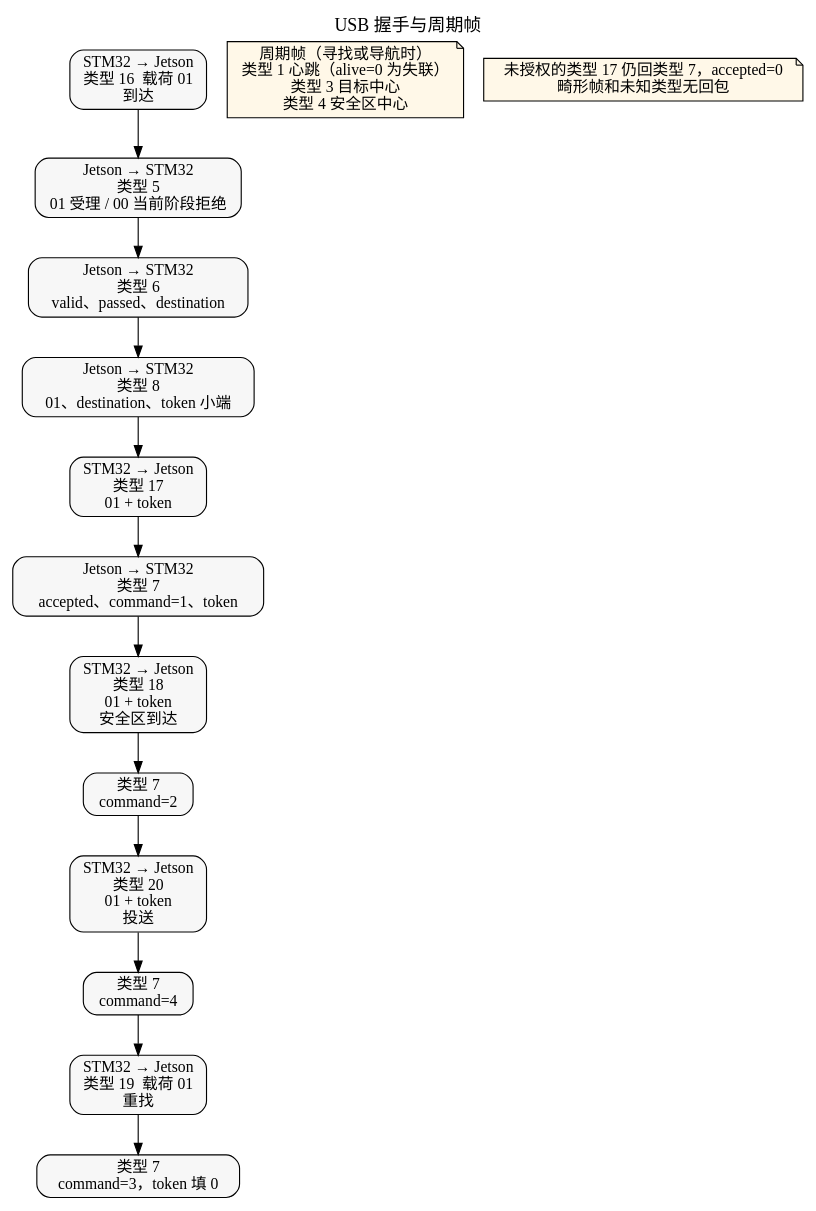
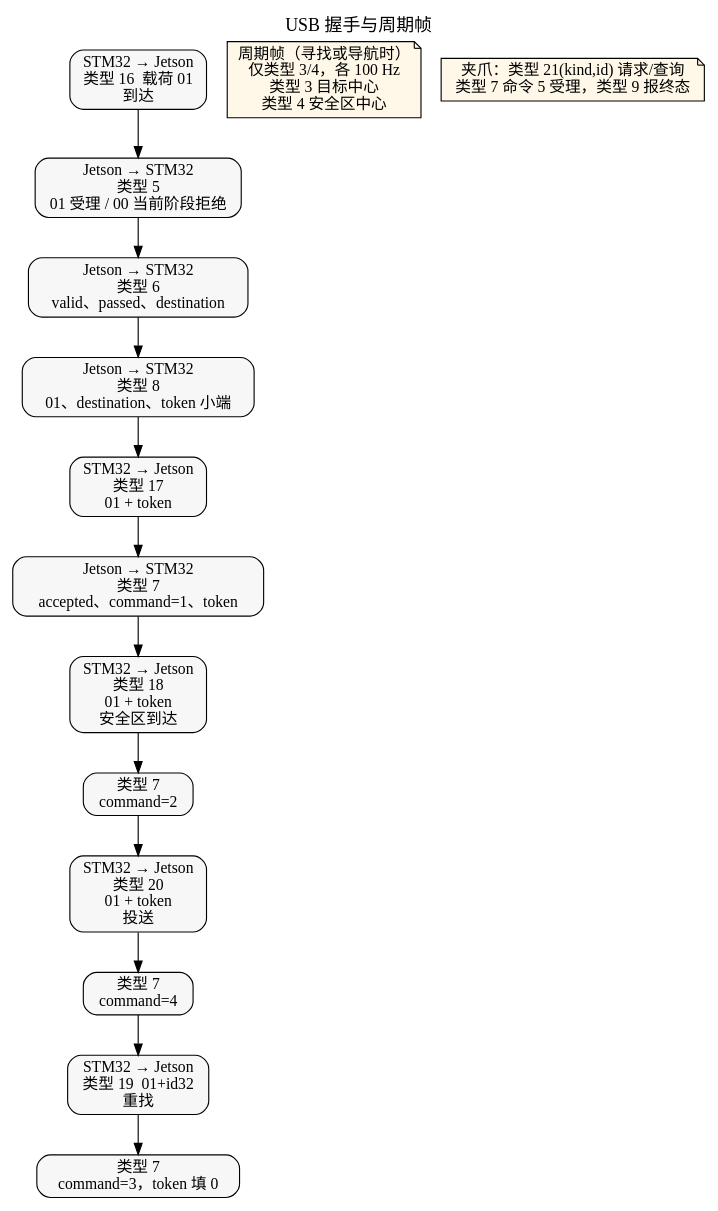
The diagram in Jetson/docs/flowcharts/usb.dot (Lizzz000/gc-rescue-combined), drawn with Graphviz before and after one commit. The commit also changed 191 other files, not shown here.

```diff
--- a/Jetson/docs/flowcharts/usb.dot
+++ b/Jetson/docs/flowcharts/usb.dot
@@ -1,28 +1,28 @@
 digraph usb {
   graph [
     fontname="Microsoft YaHei",
     rankdir=TB,
     label="USB 握手与周期帧",
     labelloc=t,
     fontsize=16
   ];
   node [fontname="Microsoft YaHei", shape=box, style="rounded,filled", fillcolor="#f7f7f7"];
   edge [fontname="Microsoft YaHei"];
 
   f200 [label="STM32 → Jetson\n类型 16  载荷 01\n到达"];
   f190 [label="Jetson → STM32\n类型 5\n01 受理 / 00 当前阶段拒绝"];
   f191 [label="Jetson → STM32\n类型 6\nvalid、passed、destination"];
   f193 [label="Jetson → STM32\n类型 8\n01、destination、token 小端"];
   f203 [label="STM32 → Jetson\n类型 17\n01 + token"];
   f192a [label="Jetson → STM32\n类型 7\naccepted、command=1、token"];
   f204 [label="STM32 → Jetson\n类型 18\n01 + token\n安全区到达"];
   f192b [label="类型 7\ncommand=2"];
   f206 [label="STM32 → Jetson\n类型 20\n01 + token\n投送"];
   f192c [label="类型 7\ncommand=4"];
-  f205 [label="STM32 → Jetson\n类型 19  载荷 01\n重找"];
+  f205 [label="STM32 → Jetson\n类型 19  01+id32\n重找"];
   f192d [label="类型 7\ncommand=3，token 填 0"];
-  periodic [label="周期帧（寻找或导航时）\n类型 1 心跳（alive=0 为失联）\n类型 3 目标中心\n类型 4 安全区中心", shape=note, fillcolor="#fff8e8"];
+  periodic [label="周期帧（寻找或导航时）\n仅类型 3/4，各 100 Hz\n类型 3 目标中心\n类型 4 安全区中心", shape=note, fillcolor="#fff8e8"];
 
   f200 -> f190 -> f191 -> f193 -> f203 -> f192a -> f204 -> f192b -> f206 -> f192c -> f205 -> f192d;
-  note [label="未授权的类型 17 仍回类型 7，accepted=0\n畸形帧和未知类型无回包", shape=note, fillcolor="#fff8e8"];
+  note [label="夹爪：类型 21(kind,id) 请求/查询\n类型 7 命令 5 受理，类型 9 报终态", shape=note, fillcolor="#fff8e8"];
 }
```
